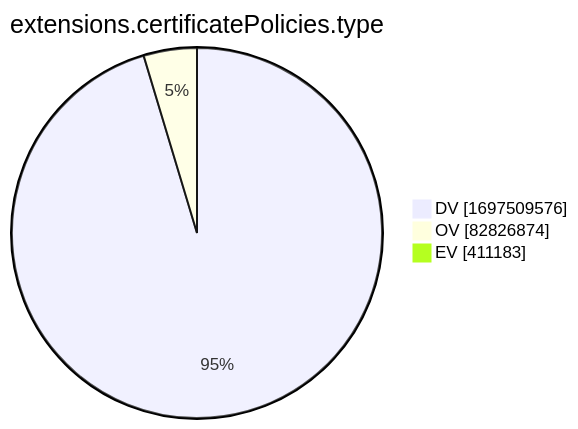
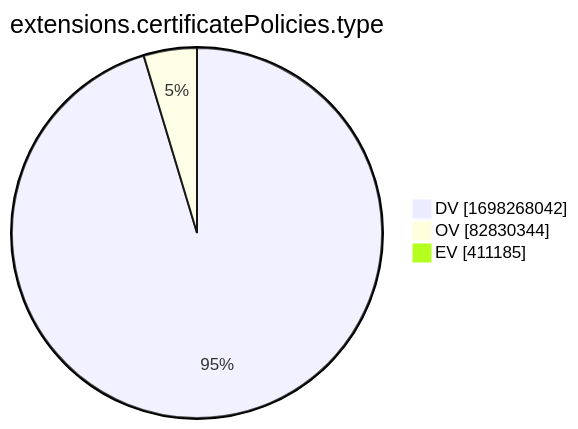
The tenth of 15 diagrams in xenon2022/README.md (christiankrug/ctmonitor_visualization), drawn with Mermaid before and after one commit. The commit also changed other lines of this file, not shown here.

````diff
--- a/xenon2022/README.md
+++ b/xenon2022/README.md
@@ -2881,7 +2881,7 @@
 ```mermaid
 pie showData
 title extensions.certificatePolicies.type
-"DV" :1697509576
-"OV" :82826874
-"EV" :411183
+"DV" :1698268042
+"OV" :82830344
+"EV" :411185
 ```
````
